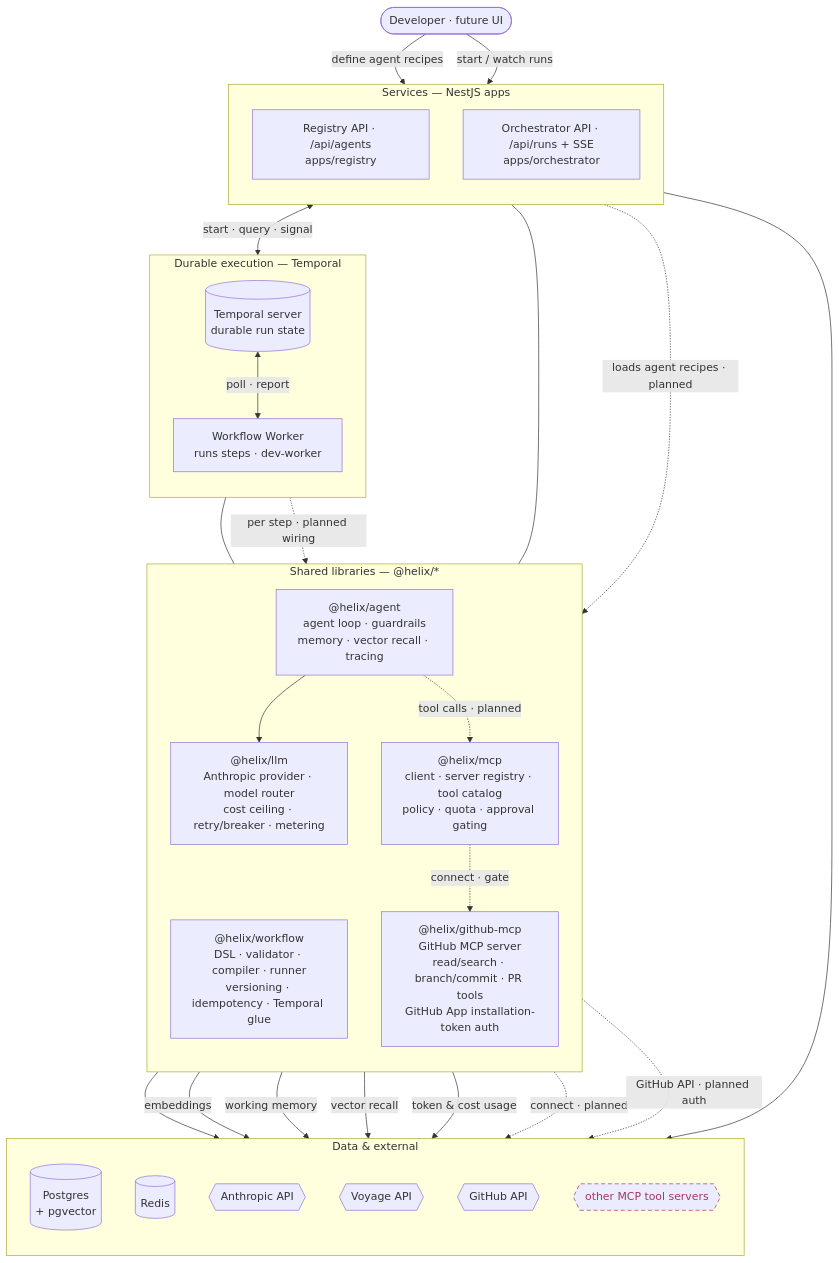
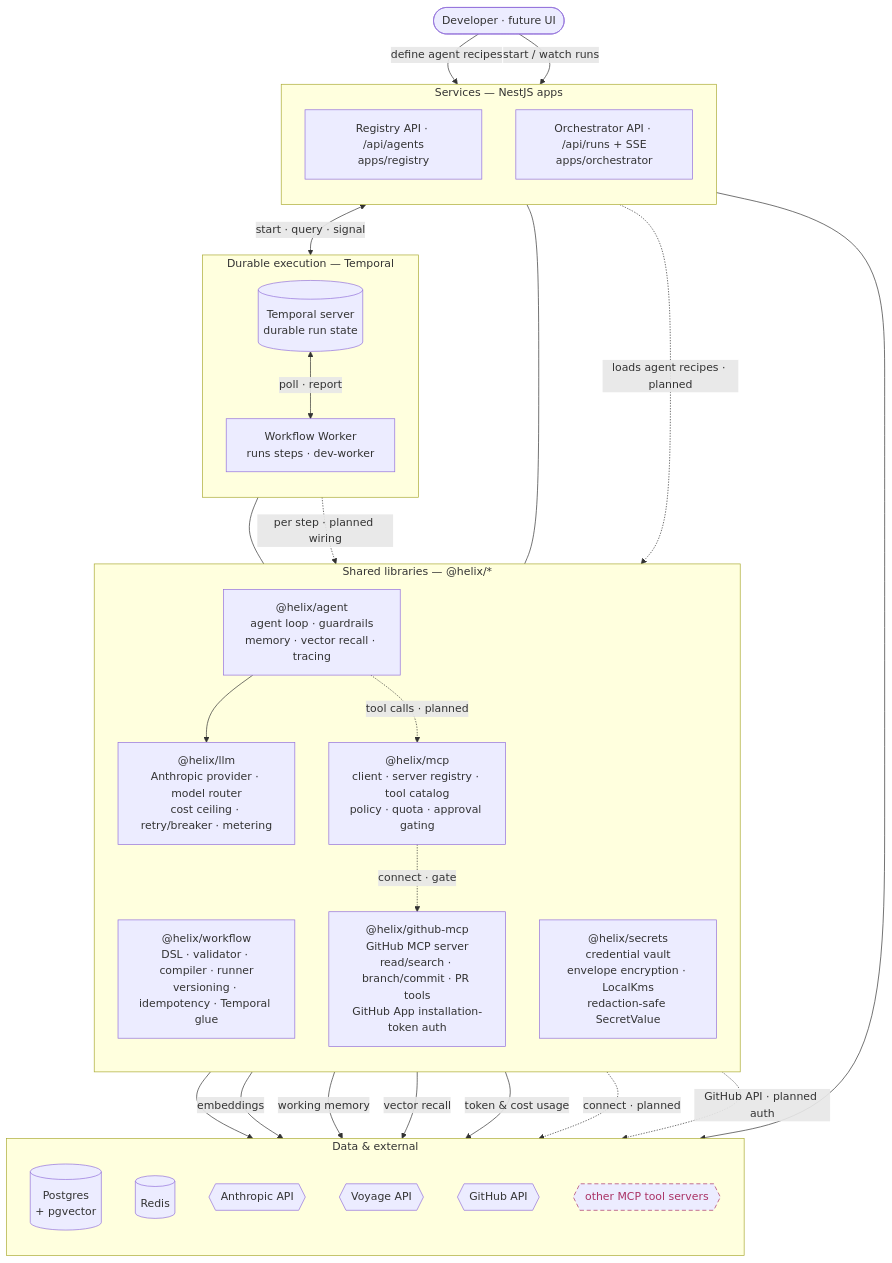
The first of 2 diagrams in docs/ARCHITECTURE.md (shhashhank/helix), drawn with Mermaid before and after one commit. The commit also changed other lines of this file and 17 other files, not shown here.

First line of the commit message:
HELIX-90: secrets manager — encrypted-at-rest credential vault (#51)

````diff
--- a/docs/ARCHITECTURE.md
+++ b/docs/ARCHITECTURE.md
@@ -16,58 +16,59 @@
 ```mermaid
 flowchart TB
   user([Developer · future UI])
 
   subgraph svc["Services — NestJS apps"]
     direction TB
     reg["Registry API · /api/agents<br/>apps/registry"]
     orc["Orchestrator API · /api/runs + SSE<br/>apps/orchestrator"]
   end
 
   subgraph dur["Durable execution — Temporal"]
     direction TB
     tmp[("Temporal server<br/>durable run state")]
     wkr["Workflow Worker<br/>runs steps · dev-worker"]
   end
 
   subgraph lib["Shared libraries — @helix/*"]
     direction TB
     wf["@helix/workflow<br/>DSL · validator · compiler · runner<br/>versioning · idempotency · Temporal glue"]
     ag["@helix/agent<br/>agent loop · guardrails<br/>memory · vector recall · tracing"]
     lm["@helix/llm<br/>Anthropic provider · model router<br/>cost ceiling · retry/breaker · metering"]
     mc["@helix/mcp<br/>client · server registry · tool catalog<br/>policy · quota · approval gating"]
     gh["@helix/github-mcp<br/>GitHub MCP server<br/>read/search · branch/commit · PR tools<br/>GitHub App installation-token auth"]
+    sec["@helix/secrets<br/>credential vault<br/>envelope encryption · LocalKms<br/>redaction-safe SecretValue"]
   end
 
   subgraph dat["Data & external"]
     direction TB
     pg[("Postgres<br/>+ pgvector")]
     rd[("Redis")]
     an{{Anthropic API}}
     vo{{Voyage API}}
     gha{{GitHub API}}
     ext{{other MCP tool servers}}
   end
 
   user -->|define agent recipes| reg
   user -->|start / watch runs| orc
   reg --> pg
   orc <-->|start · query · signal| tmp
   tmp <-->|poll · report| wkr
   wkr --- wf
   orc --- wf
   wkr -.->|per step · planned wiring| ag
   reg -.->|loads agent recipes · planned| ag
   ag --> lm
   ag -.->|tool calls · planned| mc
   lm --> an
   ag -->|embeddings| vo
   ag -->|working memory| rd
   ag -->|vector recall| pg
   lm -->|token & cost usage| pg
   mc -.->|connect · gate| gh
   mc -.->|connect · planned| ext
   gh -.->|GitHub API · planned auth| gha
 
   classDef planned stroke-dasharray:6 4,stroke:#a36,color:#a36;
   class ext planned;
 ```
````
